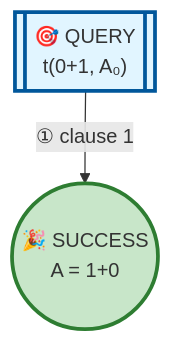
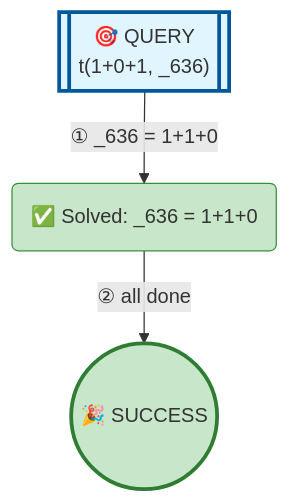
The diagram in examples/operator-standard.md (jarecsni/prolog-trace-viz), drawn with Mermaid before and after one commit. The commit also changed other lines of this file and 26 other files, not shown here.

````diff
--- a/examples/operator-standard.md
+++ b/examples/operator-standard.md
@@ -17,14 +17,17 @@
 ```mermaid
 graph TD
 
 %% Nodes
-A[["🎯 QUERY<br/>t(0+1, A₀)"]]
-B(("🎉 SUCCESS<br/>A = 1+0"))
+A[["🎯 QUERY<br/>t(1+0+1, _636)"]]
+B("✅ Solved: _636 = 1+1+0")
+C(("🎉 SUCCESS"))
 
 %% Edges
-A -->|"① clause 1"| B
+A -->|"① _636 = 1+1+0"| B
+B -->|"② all done"| C
 
 %% Styles
 style A fill:#e1f5ff,stroke:#01579b,stroke-width:3px
-style B fill:#c8e6c9,stroke:#2e7d32,stroke-width:3px
+style B fill:#c8e6c9,stroke:#388e3c
+style C fill:#c8e6c9,stroke:#2e7d32,stroke-width:3px
 ```
````
